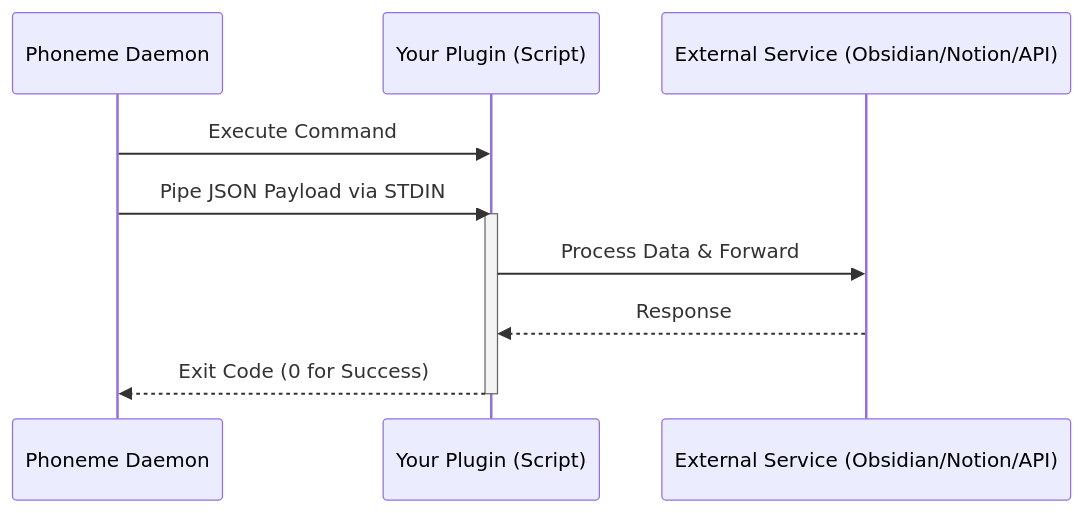
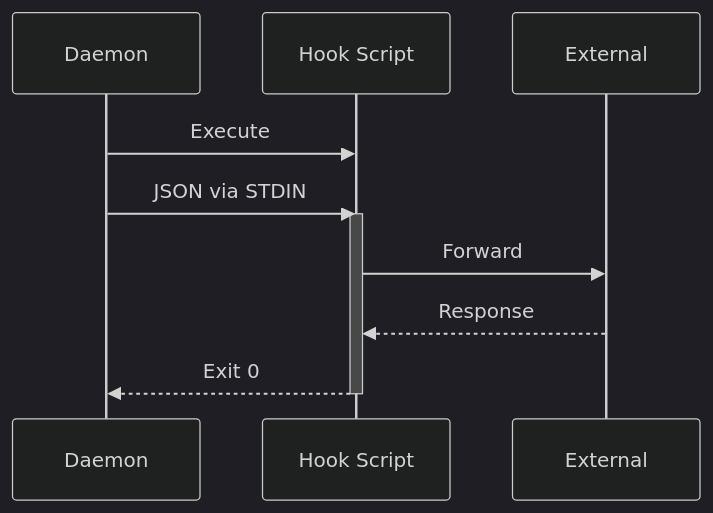
Before and after one commit to namefailed/phoneme: the diagram in docs/developer-guide/plugins_and_hooks.md, drawn with Mermaid. The commit also changed 3 other files, not shown here.

First line of the commit message:
docs: make all mermaid diagrams smaller and more beautiful

````diff
--- a/docs/developer-guide/plugins_and_hooks.md
+++ b/docs/developer-guide/plugins_and_hooks.md
@@ -20,14 +20,15 @@
 ```mermaid
+%%{init: {'theme': 'dark', 'themeVariables': { 'fontSize': '12px' }}}%%
 sequenceDiagram
-    participant D as Phoneme Daemon
-    participant H as Your Plugin (Script)
-    participant E as External Service (Obsidian/Notion/API)
+    participant D as Daemon
+    participant H as Hook Script
+    participant E as External
     
-    D->>H: Execute Command
-    D->>H: Pipe JSON Payload via STDIN
+    D->>H: Execute
+    D->>H: JSON via STDIN
     activate H
-    H->>E: Process Data & Forward
+    H->>E: Forward
     E-->>H: Response
-    H-->>D: Exit Code (0 for Success)
+    H-->>D: Exit 0
     deactivate H
 ```
````
